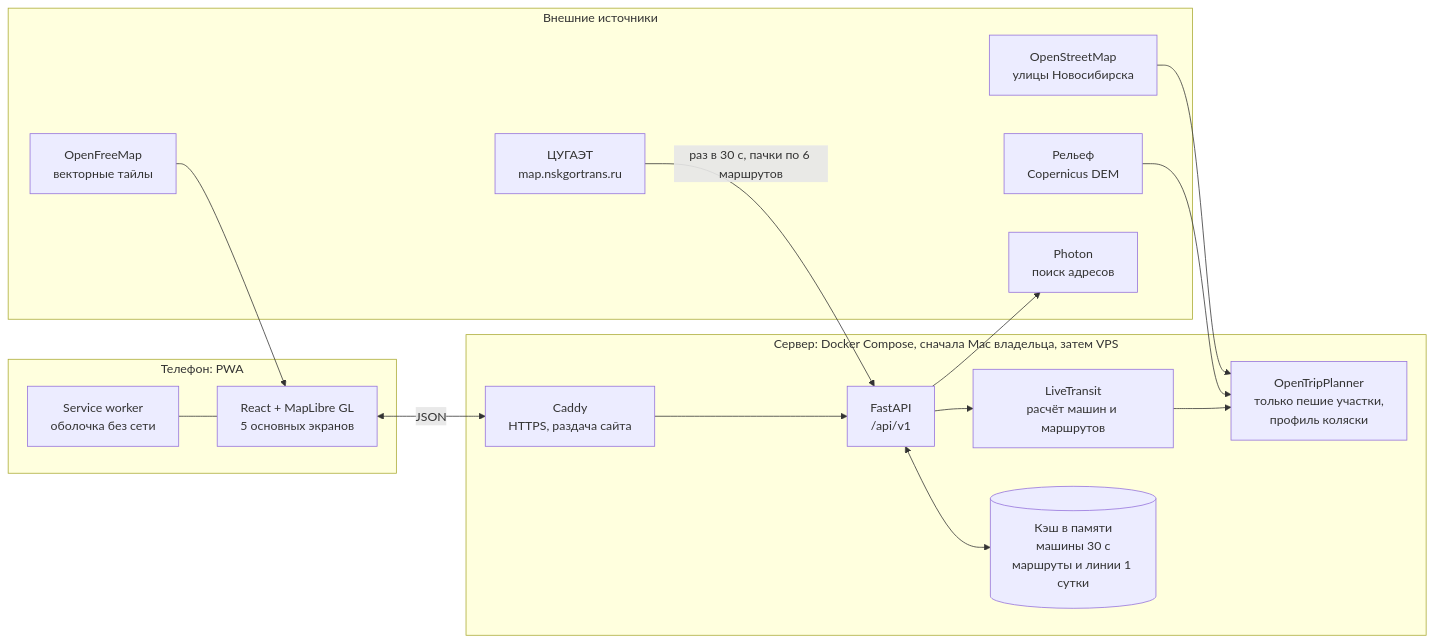
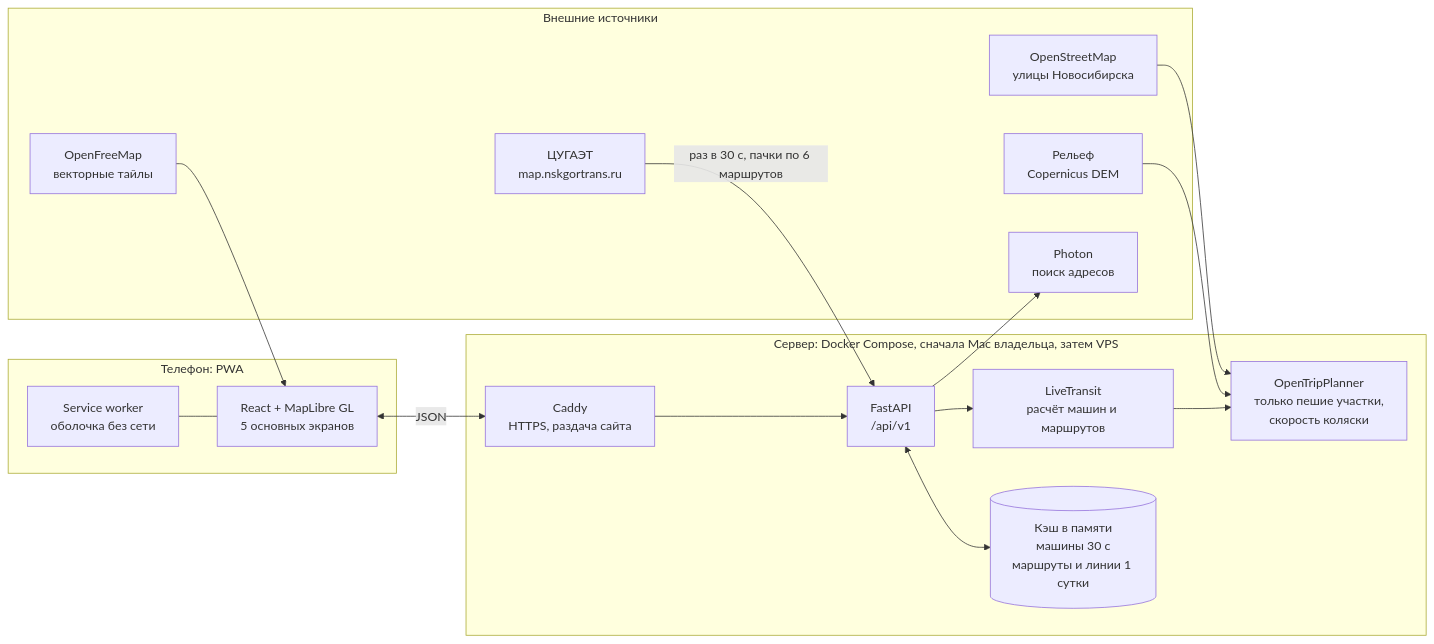
Before and after one commit to Hefl1X/GoPoint: the diagram in docs/ARCHITECTURE.md, drawn with Mermaid. The commit also changed other lines of this file and 23 other files, not shown here.

First line of the commit message:
feat: пешие участки без режима коляски (решение владельца)

````diff
--- a/docs/ARCHITECTURE.md
+++ b/docs/ARCHITECTURE.md
@@ -28,35 +28,35 @@
 ```mermaid
 flowchart LR
   subgraph EXT[Внешние источники]
     TS[ЦУГАЭТ<br/>map.nskgortrans.ru]
     OSM[OpenStreetMap<br/>улицы Новосибирска]
     DEM[Рельеф<br/>Copernicus DEM]
     TILES[OpenFreeMap<br/>векторные тайлы]
     PH[Photon<br/>поиск адресов]
   end
 
   subgraph SRV[Сервер: Docker Compose, сначала Mac владельца, затем VPS]
     CADDY[Caddy<br/>HTTPS, раздача сайта]
     API[FastAPI<br/>/api/v1]
     LT[LiveTransit<br/>расчёт машин и маршрутов]
     CACHE[(Кэш в памяти<br/>машины 30 с<br/>маршруты и линии 1 сутки)]
-    OTP[OpenTripPlanner<br/>только пешие участки,<br/>профиль коляски]
+    OTP[OpenTripPlanner<br/>только пешие участки,<br/>скорость коляски]
   end
 
   subgraph WEB[Телефон: PWA]
     UI[React + MapLibre GL<br/>5 основных экранов]
     SW[Service worker<br/>оболочка без сети]
   end
 
   TS -->|раз в 30 с, пачки по 6 маршрутов| API
   OSM --> OTP
   DEM --> OTP
   API <--> CACHE
   API --> LT
   LT --> OTP
   API --> PH
   UI <-->|JSON| CADDY
   CADDY --> API
   TILES --> UI
   SW --- UI
 ```
````
